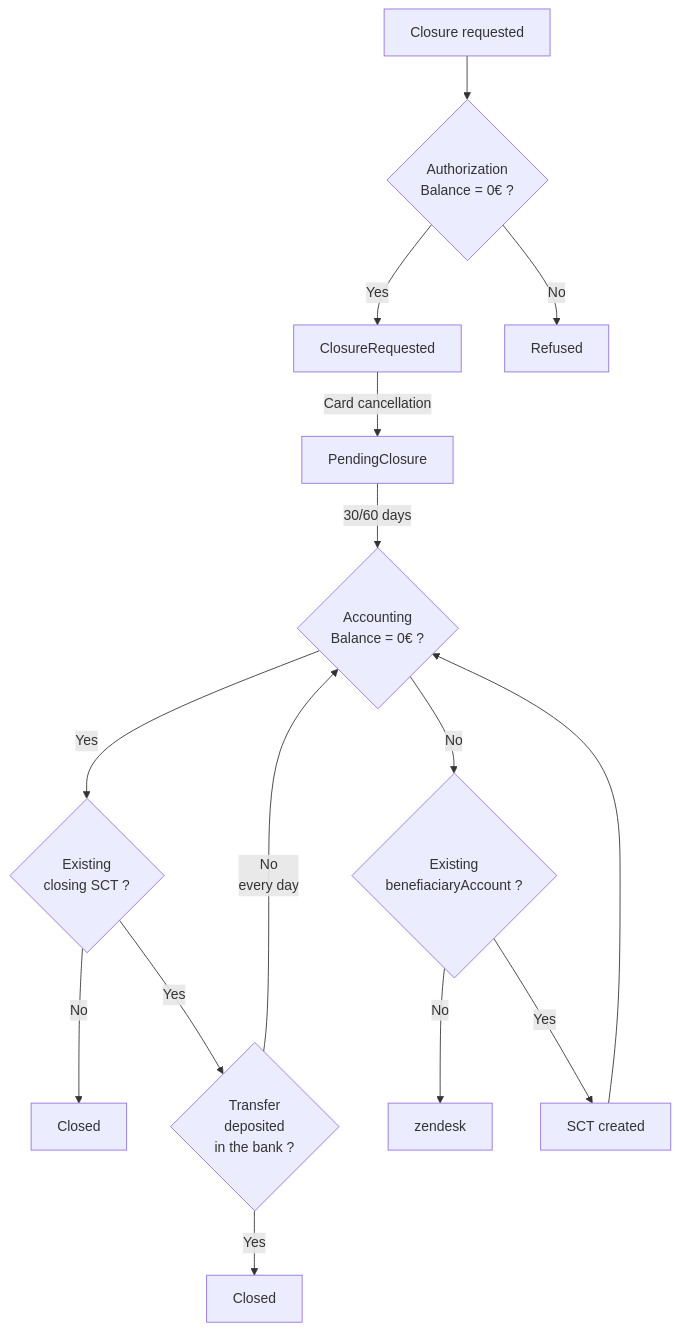
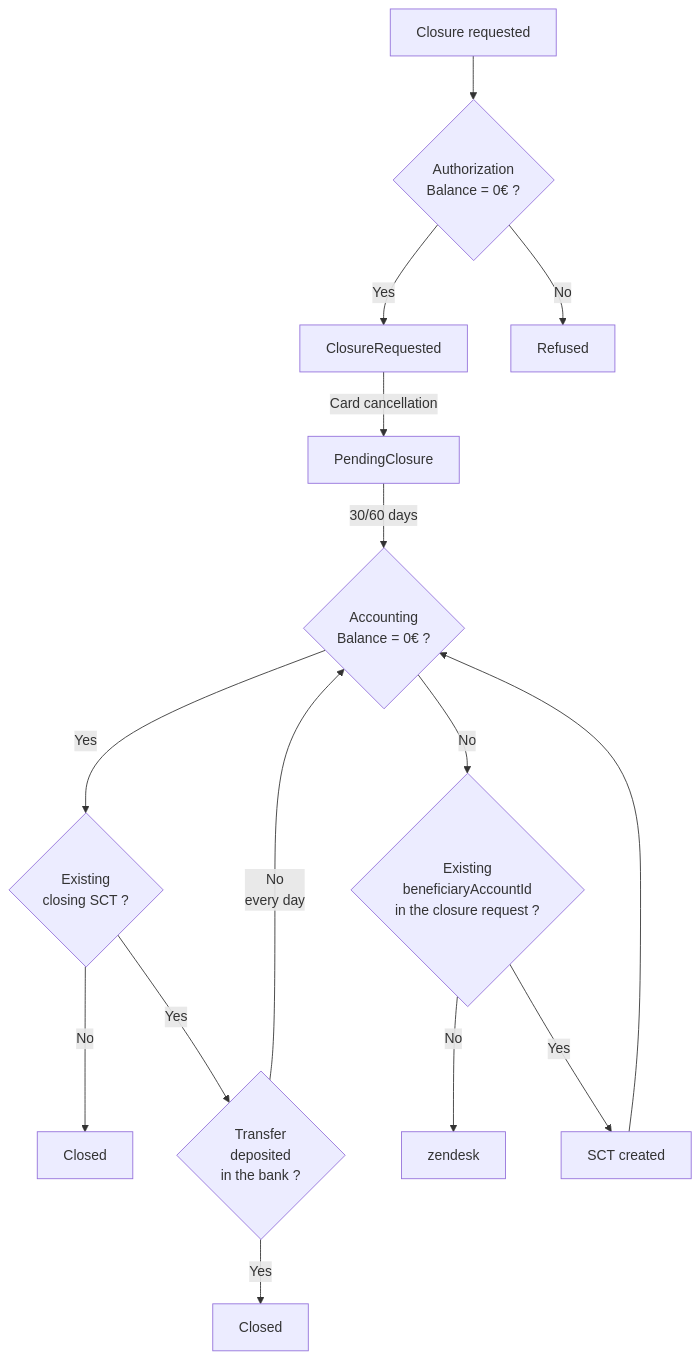
One commit to pomme-clic/s-money-documentation changed the second of 6 diagrams in docs/usecases/accounts/AccountClosure.md. Above: the diagram before and after it, drawn with Mermaid. The commit also changed other lines of this file, not shown here.

Commit message:
Update account_closure 2.0

````diff
--- a/docs/usecases/accounts/AccountClosure.md
+++ b/docs/usecases/accounts/AccountClosure.md
@@ -43,24 +43,25 @@
 ```mermaid
 flowchart TD
 A[Closure requested] --> B{"Authorization 
 Balance = 0€ ?"} 
 B-- Yes --> C[ClosureRequested]
 B-- No -->D[Refused]
 C-- Card cancellation -->E[PendingClosure]
 E-- 30/60 days --> F{"Accounting 
 Balance = 0€ ?"}
 F-- Yes --> H{"Existing 
 closing SCT ?"}
 H-- No -->I[Closed]
 H-- Yes -->J{"Transfer 
 deposited 
 in the bank ?"}
 J-- Yes -->K[Closed]
 J-- No <br/> every day -->F{"Accounting 
 Balance = 0€ ?"}
 F-- No -->L{"Existing 
-benefiaciaryAccount ?"}
+beneficiaryAccountId 
+in the closure request ?"}
 L-- No -->N[zendesk]
 L-- Yes -->M["SCT created"]
 M-->F
 ```
````
